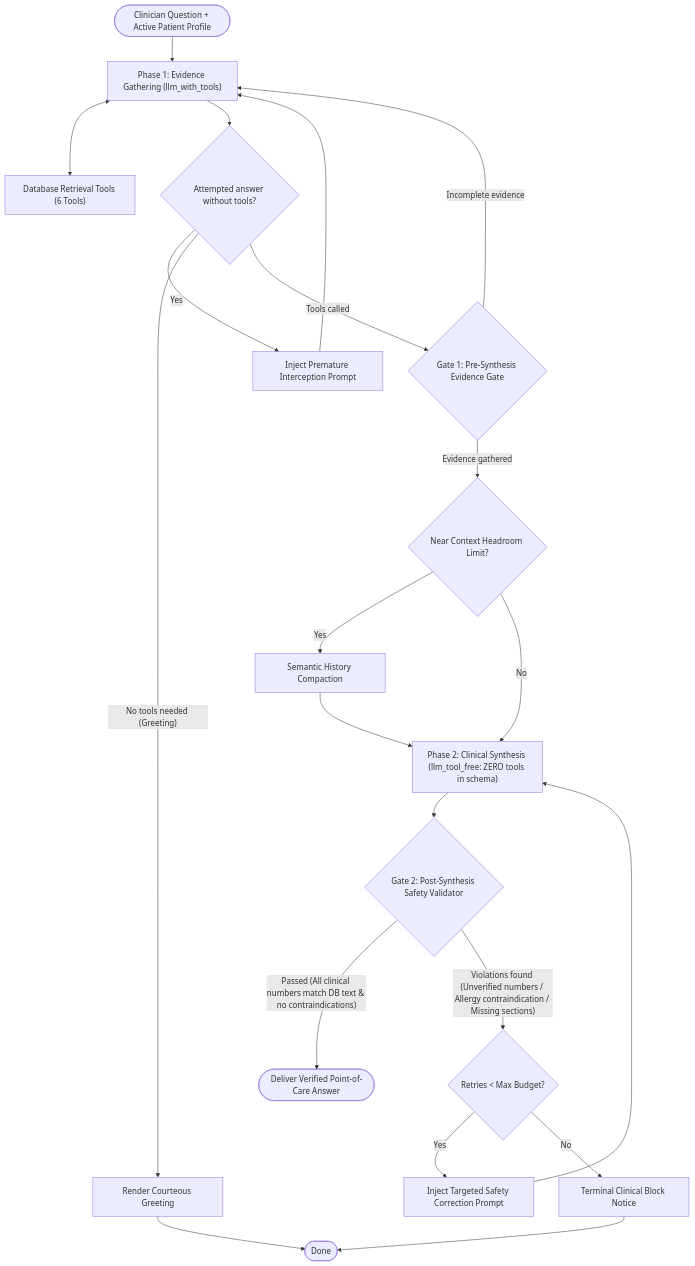
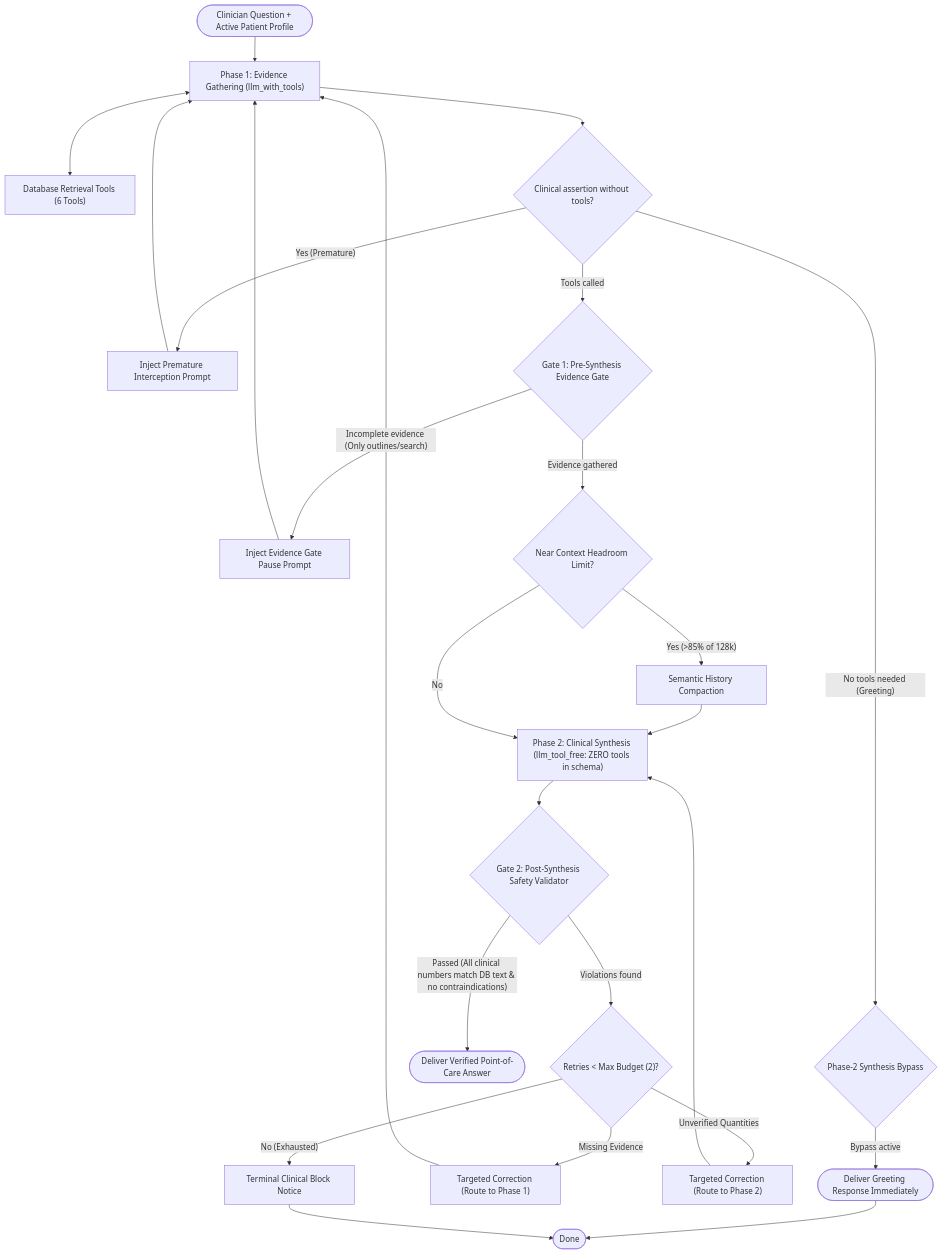
The diagram in docs/system_prompts.md (BEST8OY/Uptodate_Viewer), drawn with Mermaid before and after one commit. The commit also changed other lines of this file and 6 other files, not shown here.

First line of the commit message:
docs(prompts): update system_prompts.md and align comments with BLUF and Rule 4 architecture

````diff
--- a/docs/system_prompts.md
+++ b/docs/system_prompts.md
@@ -15,18 +15,20 @@
 ```mermaid
 flowchart TD
     UserQuery(["Clinician Question + Active Patient Profile"]) --> P1["Phase 1: Evidence Gathering (llm_with_tools)"]
     P1 <--> Tools["Database Retrieval Tools (6 Tools)"]
-    P1 --> InterceptCheck{"Attempted answer without tools?"}
-    InterceptCheck -- Yes --> PrematurePrompt["Inject Premature Interception Prompt"] --> P1
-    InterceptCheck -- No tools needed (Greeting) --> Greeting["Render Courteous Greeting"] --> Finish([Done])
+    P1 --> InterceptCheck{"Clinical assertion without tools?"}
+    InterceptCheck -- Yes (Premature) --> PrematurePrompt["Inject Premature Interception Prompt"] --> P1
+    InterceptCheck -- No tools needed (Greeting) --> GreetingBypass{"Phase-2 Synthesis Bypass"}
+    GreetingBypass -- Bypass active --> DeliverGreeting([Deliver Greeting Response Immediately]) --> Finish([Done])
     InterceptCheck -- Tools called --> Gate1{"Gate 1: Pre-Synthesis Evidence Gate"}
-    Gate1 -- Incomplete evidence --> P1
+    Gate1 -- Incomplete evidence (Only outlines/search) --> RemediationP1["Inject Evidence Gate Pause Prompt"] --> P1
     Gate1 -- Evidence gathered --> CompCheck{"Near Context Headroom Limit?"}
-    CompCheck -- Yes --> HistoryComp["Semantic History Compaction"] --> P2
+    CompCheck -- Yes (>85% of 128k) --> HistoryComp["Semantic History Compaction"] --> P2
     CompCheck -- No --> P2["Phase 2: Clinical Synthesis (llm_tool_free: ZERO tools in schema)"]
     P2 --> Gate2{"Gate 2: Post-Synthesis Safety Validator"}
     Gate2 -- "Passed (All clinical numbers match DB text & no contraindications)" --> FinalResponse([Deliver Verified Point-of-Care Answer])
-    Gate2 -- "Violations found (Unverified numbers / Allergy contraindication / Missing sections)" --> RetriesLeft{"Retries < Max Budget?"}
-    RetriesLeft -- Yes --> RemediationPrompt["Inject Targeted Safety Correction Prompt"] --> P2
-    RetriesLeft -- No --> SafetyBlock["Terminal Clinical Block Notice"] --> Finish
+    Gate2 -- "Violations found" --> RetriesLeft{"Retries < Max Budget (2)?"}
+    RetriesLeft -- Missing Evidence --> RemP1["Targeted Correction (Route to Phase 1)"] --> P1
+    RetriesLeft -- Unverified Quantities --> RemP2["Targeted Correction (Route to Phase 2)"] --> P2
+    RetriesLeft -- No (Exhausted) --> SafetyBlock["Terminal Clinical Block Notice"] --> Finish
 ```
````
